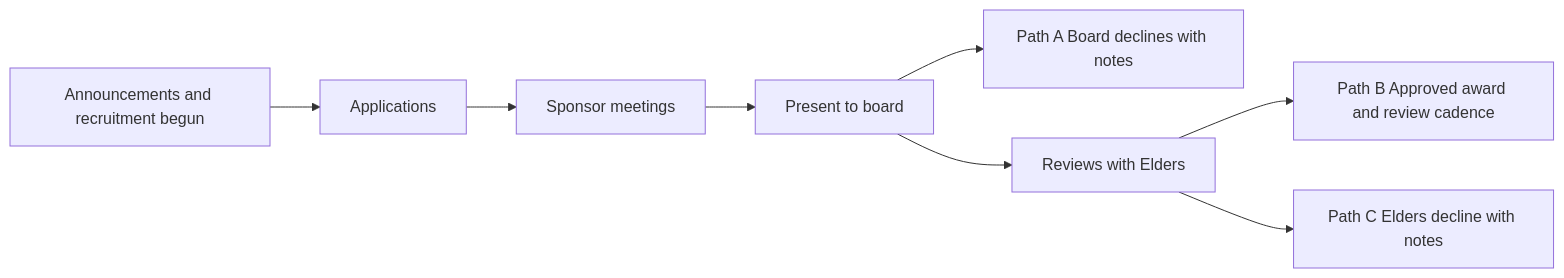
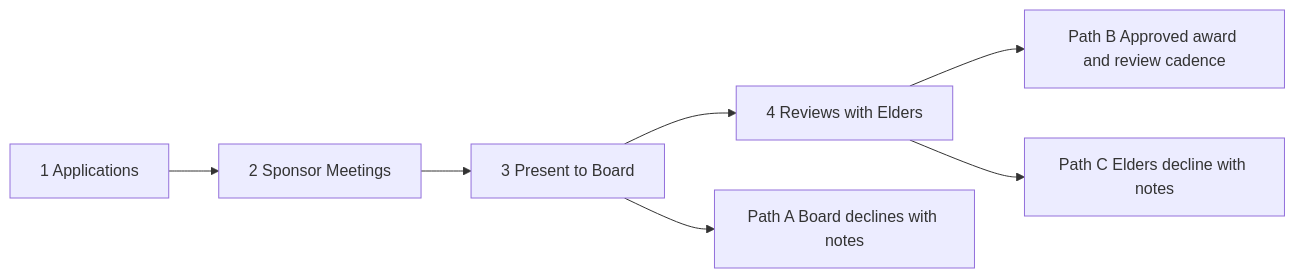
Before and after one commit to north-consulting-services/SBC: the diagram in notes/process-ceremony-overview.md, drawn with Mermaid. The commit also changed other lines of this file and 2 other files, not shown here.

First line of the commit message:
Clarify Process Overview spine and split-path layout.

````diff
--- a/notes/process-ceremony-overview.md
+++ b/notes/process-ceremony-overview.md
@@ -30,17 +29,14 @@
 ```mermaid
 flowchart LR
-  pre[Announcements and recruitment begun]
-  apps[Applications]
-  sponsor[Sponsor meetings]
-  present[Present to board]
+  apps[1 Applications]
+  sponsor[2 Sponsor Meetings]
+  present[3 Present to Board]
+  elders[4 Reviews with Elders]
+  pathB[Path B Approved award and review cadence]
   pathA[Path A Board declines with notes]
-  elders[Reviews with Elders]
-  pathB[Path B Approved award and review cadence]
   pathC[Path C Elders decline with notes]
 
-  pre --> apps --> sponsor --> present
+  apps --> sponsor --> present --> elders --> pathB
   present --> pathA
-  present --> elders
-  elders --> pathB
   elders --> pathC
 ```
````
